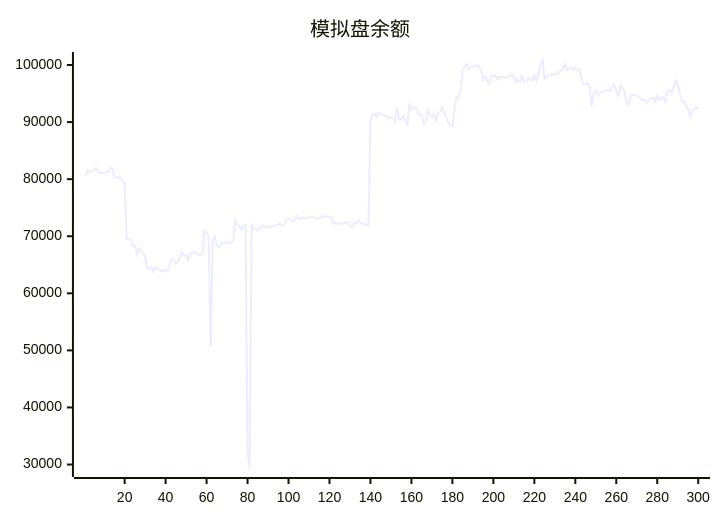
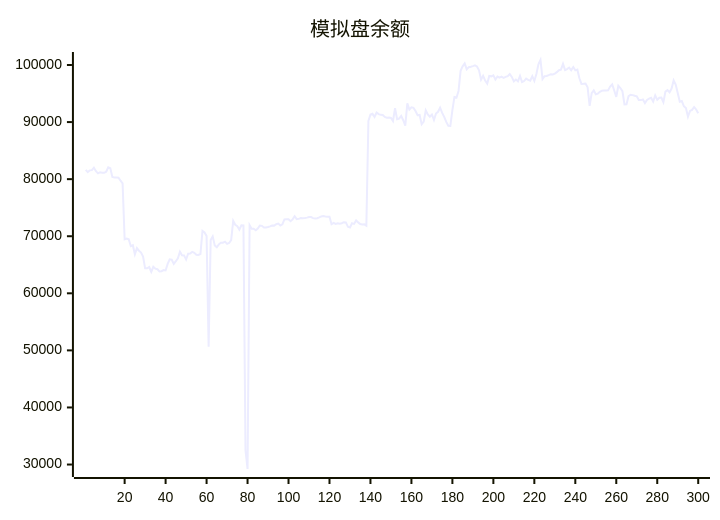
The diagram in README.md (aahl/ai-trading), drawn with Mermaid before and after one commit. The commit also changed other lines of this file and 1 other file, not shown here.

````diff
--- a/README.md
+++ b/README.md
@@ -5,5 +5,5 @@
 ```mermaid
 xychart
     title "模拟盘余额"
-    line [80507,81625,81233,81544,81578,82016,81401,81019,81186,81130,81118,81306,82066,81909,80392,80304,80291,80258,79729,79261,69466,69579,69456,68251,68415,66832,67911,67462,67144,66432,64380,64375,64606,63740,64647,64324,64216,63842,63877,64078,64008,65156,65945,65888,65157,65625,66144,67284,66653,66639,65924,66925,66956,67263,67108,66766,66729,66886,70927,70673,70049,50652,69334,69973,68400,68061,68578,68876,68879,69055,68662,68822,69329,72687,71999,71760,71162,71911,71896,32500,29218,71927,71297,71305,71044,71337,71883,71822,71536,71536,71622,71723,71880,71860,72100,72216,71887,72077,72940,72976,72966,72638,72948,73497,73004,73041,73173,73160,73186,73258,73375,73351,73173,73098,73161,73305,73474,73536,73457,73413,73412,72100,72333,72164,72272,72204,72285,72461,72421,71652,71521,72267,72157,72774,72424,72144,72060,72091,71858,90185,91338,91466,90900,91678,91404,91268,91244,90903,90779,90787,90721,90187,92429,90518,90619,91070,90328,89376,93286,92202,92581,92485,91947,91196,91259,89619,90086,92063,91355,90950,91327,90373,91498,91800,92531,91603,90910,90031,89351,89334,92097,94406,94315,95455,98972,99763,100286,99229,99622,99701,99805,99938,99738,99082,97430,98094,97267,96741,98081,98013,98194,97447,97983,97789,97969,97729,97911,98043,98405,97912,97120,97448,97154,98095,97021,97190,97616,97402,97263,98035,97210,98424,100120,100876,97552,98049,98085,98228,98388,98342,98488,98750,99086,99181,100188,99107,99272,99553,99072,99636,99061,99186,97674,96679,96704,96743,96096,92830,95088,95560,94866,94995,95295,95497,95531,95527,95559,96236,96597,95538,94422,96363,95972,95418,93094,93128,94558,94795,94727,94611,94508,93857,93852,93954,93340,93862,94112,94249,93603,94682,93898,94267,94288,93490,95337,95601,95226,95879,97301,96573,95113,93569,93681,92773,92453,90952,91954,92130,92637,92209]
+    line [81625,81233,81544,81578,82016,81401,81019,81186,81130,81118,81306,82066,81909,80392,80304,80291,80258,79729,79261,69466,69579,69456,68251,68415,66832,67911,67462,67144,66432,64380,64375,64606,63740,64647,64324,64216,63842,63877,64078,64008,65156,65945,65888,65157,65625,66144,67284,66653,66639,65924,66925,66956,67263,67108,66766,66729,66886,70927,70673,70049,50652,69334,69973,68400,68061,68578,68876,68879,69055,68662,68822,69329,72687,71999,71760,71162,71911,71896,32500,29218,71927,71297,71305,71044,71337,71883,71822,71536,71536,71622,71723,71880,71860,72100,72216,71887,72077,72940,72976,72966,72638,72948,73497,73004,73041,73173,73160,73186,73258,73375,73351,73173,73098,73161,73305,73474,73536,73457,73413,73412,72100,72333,72164,72272,72204,72285,72461,72421,71652,71521,72267,72157,72774,72424,72144,72060,72091,71858,90185,91338,91466,90900,91678,91404,91268,91244,90903,90779,90787,90721,90187,92429,90518,90619,91070,90328,89376,93286,92202,92581,92485,91947,91196,91259,89619,90086,92063,91355,90950,91327,90373,91498,91800,92531,91603,90910,90031,89351,89334,92097,94406,94315,95455,98972,99763,100286,99229,99622,99701,99805,99938,99738,99082,97430,98094,97267,96741,98081,98013,98194,97447,97983,97789,97969,97729,97911,98043,98405,97912,97120,97448,97154,98095,97021,97190,97616,97402,97263,98035,97210,98424,100120,100876,97552,98049,98085,98228,98388,98342,98488,98750,99086,99181,100188,99107,99272,99553,99072,99636,99061,99186,97674,96679,96704,96743,96096,92830,95088,95560,94866,94995,95295,95497,95531,95527,95559,96236,96597,95538,94422,96363,95972,95418,93094,93128,94558,94795,94727,94611,94508,93857,93852,93954,93340,93862,94112,94249,93603,94682,93898,94267,94288,93490,95337,95601,95226,95879,97301,96573,95113,93569,93681,92773,92453,90952,91954,92130,92637,92209,91536]
 ```
````
